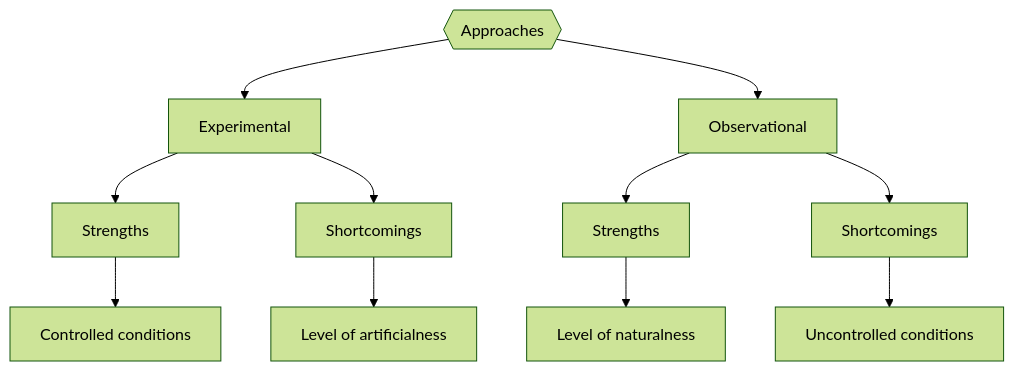
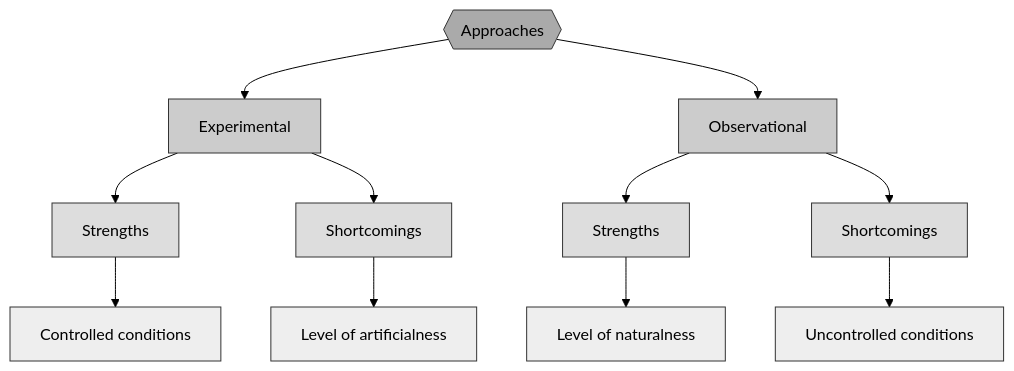
The diagram in text-analysis.qmd (qtalr/book), drawn with Mermaid (forest theme) before and after one commit. The commit also changed other lines of this file and 26 other files, not shown here.

````diff
--- a/text-analysis.qmd
+++ b/text-analysis.qmd
@@ -150,17 +166,21 @@
 ```{mermaid}
 %%| label: fig-data-colletion-methods
 %%| fig-cap: "Experimental and observational data collection methods."
 %%| out-width: 80%
-%% left to right flowchart of experimental approaches. First branch experimental vs. observational. Each subbranch has its pros and cons.
+
 graph TD
-A{{Approaches}} --> B[Experimental]
-  B --> D[Strengths]
-    D --> H[Controlled conditions]
-  B --> E[Shortcomings]
-    E --> J[Level of artificialness]
-A --> C[Observational]
-  C --> F[Strengths]
-    F --> L[Level of naturalness]
-  C --> G[Shortcomings]
-    G --> N[Uncontrolled conditions]
+style A fill:#aaa,stroke:#333,stroke-width:1px
+classDef tier2 fill:#ccc,stroke:#333,stroke-width:1px;
+classDef tier3 fill:#ddd,stroke:#333,stroke-width:1px;
+classDef tier4 fill:#eee,stroke:#333,stroke-width:1px;
+A{{Approaches}} --> B[Experimental]:::tier2
+  B --> D[Strengths]:::tier3
+    D --> H[Controlled conditions]:::tier4
+  B --> E[Shortcomings]:::tier3
+    E --> J[Level of artificialness]:::tier4
+A --> C[Observational]:::tier2
+  C --> F[Strengths]:::tier3
+    F --> L[Level of naturalness]:::tier4
+  C --> G[Shortcomings]:::tier3
+    G --> N[Uncontrolled conditions]:::tier4
 ```
````
